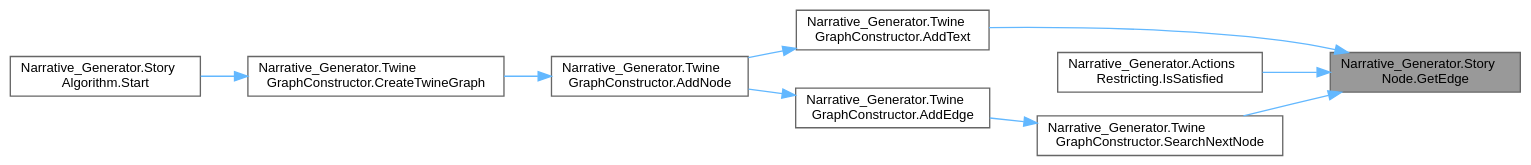
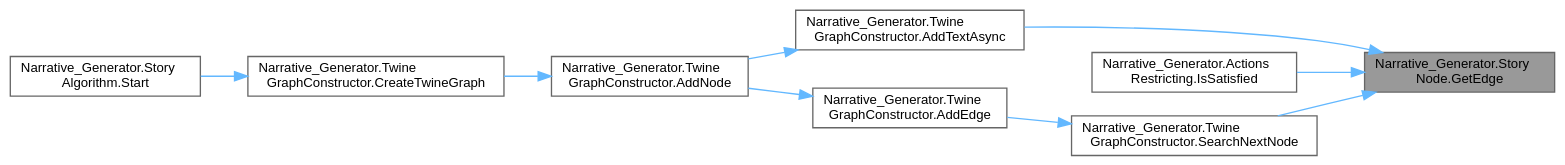
Before and after one commit to vonHimik/NarrativeGeneratorForTwine: the diagram in Autodocumentation HTML/class_narrative___generator_1_1_story_node_a75f2c93d3724997297d8311f2c715399_icgraph.dot, drawn with Graphviz. The commit also changed 215 other files, not shown here.

```diff
--- a/Autodocumentation HTML/class_narrative___generator_1_1_story_node_a75f2c93d3724997297d8311f2c715399_icgraph.dot
+++ b/Autodocumentation HTML/class_narrative___generator_1_1_story_node_a75f2c93d3724997297d8311f2c715399_icgraph.dot
@@ -1,24 +1,24 @@
 digraph "Narrative_Generator.StoryNode.GetEdge"
 {
  // LATEX_PDF_SIZE
   bgcolor="transparent";
   edge [fontname=Helvetica,fontsize=10,labelfontname=Helvetica,labelfontsize=10];
   node [fontname=Helvetica,fontsize=10,shape=box,height=0.2,width=0.4];
   rankdir="RL";
   Node1 [label="Narrative_Generator.Story\lNode.GetEdge",height=0.2,width=0.4,color="gray40", fillcolor="grey60", style="filled", fontcolor="black",tooltip="Returns the specified edge from the list of edges connected to the this node."];
   Node1 -> Node2 [dir="back",color="steelblue1",style="solid"];
-  Node2 [label="Narrative_Generator.Twine\lGraphConstructor.AddText",height=0.2,width=0.4,color="grey40", fillcolor="white", style="filled",URL="$class_narrative___generator_1_1_twine_graph_constructor.html#a667523a4748d26fa3a33fe215a641f24",tooltip="Method for creating a description of the reached node."];
+  Node2 [label="Narrative_Generator.Twine\lGraphConstructor.AddTextAsync",height=0.2,width=0.4,color="grey40", fillcolor="white", style="filled",URL="$class_narrative___generator_1_1_twine_graph_constructor.html#ac019df0c7098a0919f5401e0c9490147",tooltip="Method for creating a description of the reached node."];
   Node2 -> Node3 [dir="back",color="steelblue1",style="solid"];
   Node3 [label="Narrative_Generator.Twine\lGraphConstructor.AddNode",height=0.2,width=0.4,color="grey40", fillcolor="white", style="filled",URL="$class_narrative___generator_1_1_twine_graph_constructor.html#a11d69d897952a7af20c3c8bd7831c937",tooltip="A method that creates text for an individual node."];
   Node3 -> Node4 [dir="back",color="steelblue1",style="solid"];
   Node4 [label="Narrative_Generator.Twine\lGraphConstructor.CreateTwineGraph",height=0.2,width=0.4,color="grey40", fillcolor="white", style="filled",URL="$class_narrative___generator_1_1_twine_graph_constructor.html#a791e9c39f029bb3cafd20ad6ceae1b74",tooltip="A method for converting a story graph into an interactive story for Twine."];
   Node4 -> Node5 [dir="back",color="steelblue1",style="solid"];
   Node5 [label="Narrative_Generator.Story\lAlgorithm.Start",height=0.2,width=0.4,color="grey40", fillcolor="white", style="filled",URL="$class_narrative___generator_1_1_story_algorithm.html#a5adcd998433cb838e814c1eb81ea753d",tooltip="Method is an entry point that controls the operation of the algorithm (the sequence of launching othe..."];
   Node1 -> Node6 [dir="back",color="steelblue1",style="solid"];
   Node6 [label="Narrative_Generator.Actions\lRestricting.IsSatisfied",height=0.2,width=0.4,color="grey40", fillcolor="white", style="filled",URL="$class_narrative___generator_1_1_actions_restricting.html#a3691a868f1d5651f63c812c349b6ef3c",tooltip="A method that checks whether the specified world state satisfies constraints."];
   Node1 -> Node7 [dir="back",color="steelblue1",style="solid"];
   Node7 [label="Narrative_Generator.Twine\lGraphConstructor.SearchNextNode",height=0.2,width=0.4,color="grey40", fillcolor="white", style="filled",URL="$class_narrative___generator_1_1_twine_graph_constructor.html#a0d62d4881f4ac5bd4fc09d7a2b90a1c4",tooltip="Method for finding the next node in which the right to act is passed to the player."];
   Node7 -> Node8 [dir="back",color="steelblue1",style="solid"];
   Node8 [label="Narrative_Generator.Twine\lGraphConstructor.AddEdge",height=0.2,width=0.4,color="grey40", fillcolor="white", style="filled",URL="$class_narrative___generator_1_1_twine_graph_constructor.html#a3cc543ef2ad669f20d596ece8a6a51a1",tooltip="A method that creates a representation of an edge in a graph - in Twine it is a connection between no..."];
   Node8 -> Node3 [dir="back",color="steelblue1",style="solid"];
 }
```
